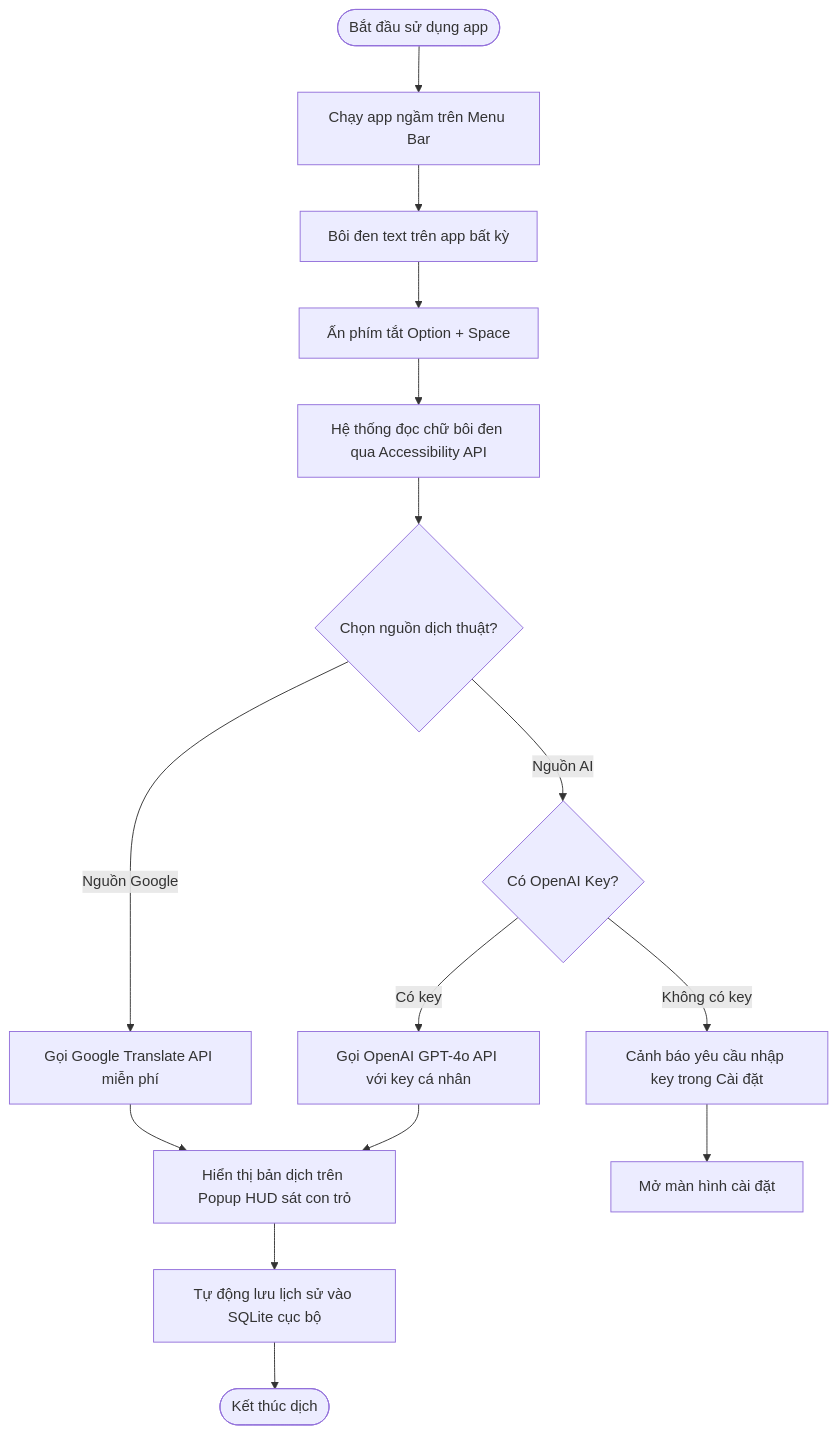
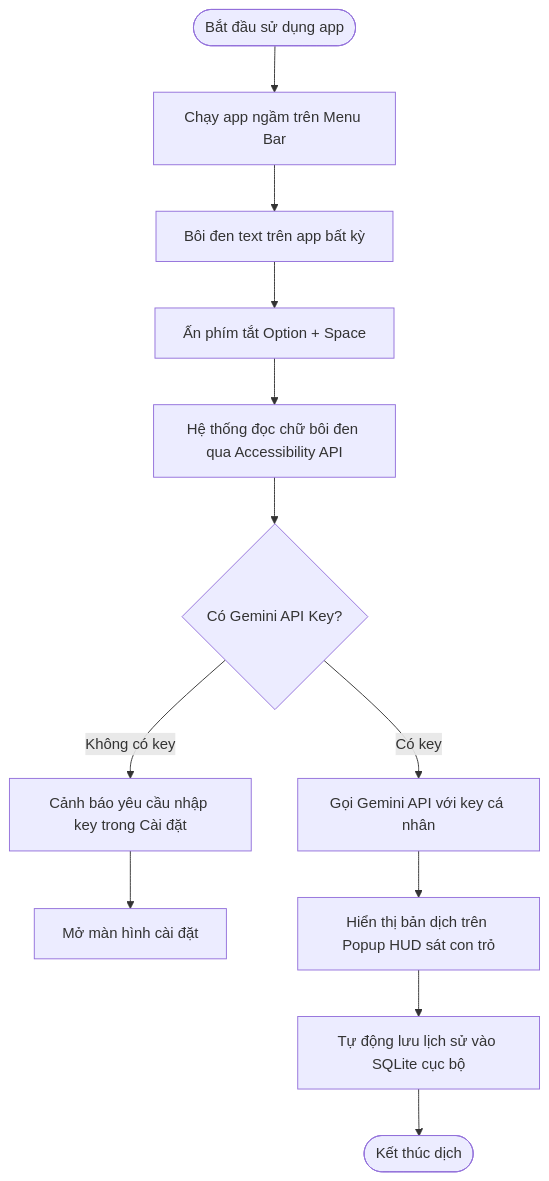
Before and after one commit to hiennv219/ai-presale-workflow: the diagram in projects/2026-05-22-translatorai/workspace/pain-scope.md, drawn with Mermaid. The commit also changed other lines of this file and 16 other files, not shown here.

````diff
--- a/projects/2026-05-22-translatorai/workspace/pain-scope.md
+++ b/projects/2026-05-22-translatorai/workspace/pain-scope.md
@@ -85,22 +88,18 @@
 ```mermaid
 flowchart TD
     Start([Bắt đầu sử dụng app]) --> Launch[Chạy app ngầm trên Menu Bar]
     
     Launch --> Action1[Bôi đen text trên app bất kỳ]
     Action1 --> PressHotkey1[Ấn phím tắt Option + Space]
     PressHotkey1 --> GetText[Hệ thống đọc chữ bôi đen qua Accessibility API]
-    GetText --> TranslateEngine
+    GetText --> CheckKey{Có Gemini API Key?}
     
-    TranslateEngine{Chọn nguồn dịch thuật?}
-    TranslateEngine -->|Nguồn Google| CallGoogle[Gọi Google Translate API miễn phí]
-    TranslateEngine -->|Nguồn AI| CheckKey{Có OpenAI Key?}
-    CheckKey -->|Có key| CallOpenAI[Gọi OpenAI GPT-4o API với key cá nhân]
+    CheckKey -->|Có key| CallGemini[Gọi Gemini API với key cá nhân]
     CheckKey -->|Không có key| AlertKey[Cảnh báo yêu cầu nhập key trong Cài đặt]
     AlertKey --> OpenSettings[Mở màn hình cài đặt]
     
-    CallGoogle --> ShowResult[Hiển thị bản dịch trên Popup HUD sát con trỏ]
-    CallOpenAI --> ShowResult
+    CallGemini --> ShowResult[Hiển thị bản dịch trên Popup HUD sát con trỏ]
     
     ShowResult --> SaveLocal[Tự động lưu lịch sử vào SQLite cục bộ]
     SaveLocal --> End([Kết thúc dịch])
 ```
````
